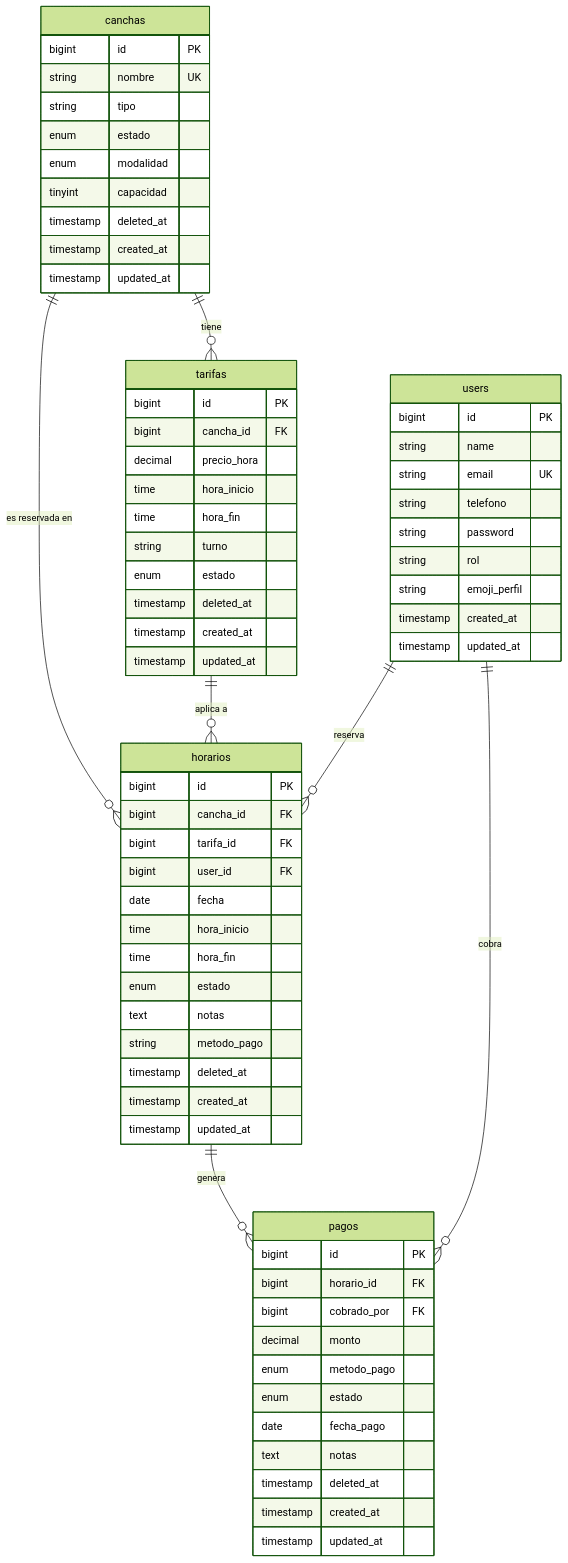
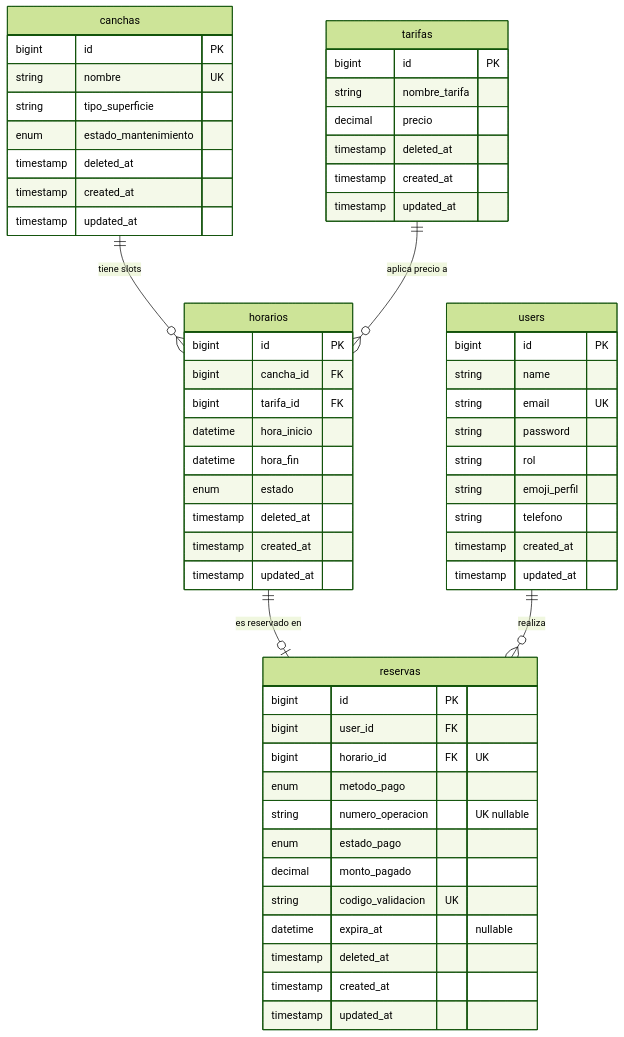
One commit to AbejandrOoo/Top-tennis.2 changed the diagram in README.md. Above: the diagram before and after it, drawn with Mermaid (forest theme). The commit also changed other lines of this file and 9 other files, not shown here.

````diff
--- a/README.md
+++ b/README.md
@@ -90,76 +108,65 @@
 ```mermaid
 erDiagram
     users {
-        bigint id PK
-        string name
-        string email UK
-        string telefono
-        string password
-        string rol
-        string emoji_perfil
-        timestamp created_at
-        timestamp updated_at
+        bigint      id               PK
+        string      name
+        string      email            UK
+        string      password
+        string      rol
+        string      emoji_perfil
+        string      telefono
+        timestamp   created_at
+        timestamp   updated_at
     }
 
     canchas {
-        bigint id PK
-        string nombre UK
-        string tipo
-        enum estado
-        enum modalidad
-        tinyint capacidad
-        timestamp deleted_at
-        timestamp created_at
-        timestamp updated_at
+        bigint      id                    PK
+        string      nombre                UK
+        string      tipo_superficie
+        enum        estado_mantenimiento
+        timestamp   deleted_at
+        timestamp   created_at
+        timestamp   updated_at
     }
 
     tarifas {
-        bigint id PK
-        bigint cancha_id FK
-        decimal precio_hora
-        time hora_inicio
-        time hora_fin
-        string turno
-        enum estado
-        timestamp deleted_at
-        timestamp created_at
-        timestamp updated_at
+        bigint      id             PK
+        string      nombre_tarifa
+        decimal     precio
+        timestamp   deleted_at
+        timestamp   created_at
+        timestamp   updated_at
     }
 
     horarios {
-        bigint id PK
-        bigint cancha_id FK
-        bigint tarifa_id FK
-        bigint user_id FK
-        date fecha
-        time hora_inicio
-        time hora_fin
-        enum estado
-        text notas
-        string metodo_pago
-        timestamp deleted_at
-        timestamp created_at
-        timestamp updated_at
+        bigint      id           PK
+        bigint      cancha_id    FK
+        bigint      tarifa_id    FK
+        datetime    hora_inicio
+        datetime    hora_fin
+        enum        estado
+        timestamp   deleted_at
+        timestamp   created_at
+        timestamp   updated_at
     }
 
-    pagos {
-        bigint id PK
-        bigint horario_id FK
-        bigint cobrado_por FK
-        decimal monto
-        enum metodo_pago
-        enum estado
-        date fecha_pago
-        text notas
-        timestamp deleted_at
-        timestamp created_at
-        timestamp updated_at
+    reservas {
+        bigint      id                  PK
+        bigint      user_id             FK
+        bigint      horario_id          FK "UK"
+        enum        metodo_pago
+        string      numero_operacion    "UK nullable"
+        enum        estado_pago
+        decimal     monto_pagado
+        string      codigo_validacion   UK
+        datetime    expira_at           "nullable"
+        timestamp   deleted_at
+        timestamp   created_at
+        timestamp   updated_at
     }
 
-    canchas  ||--o{ tarifas   : "tiene"
-    canchas  ||--o{ horarios  : "es reservada en"
-    tarifas  ||--o{ horarios  : "aplica a"
-    users    ||--o{ horarios  : "reserva"
-    horarios ||--o{ pagos     : "genera"
-    users    ||--o{ pagos     : "cobra"
+    canchas  ||--o{ horarios  : "tiene slots"
+    tarifas  ||--o{ horarios  : "aplica precio a"
+    horarios ||--o| reservas  : "es reservado en"
+    users    ||--o{ reservas  : "realiza"
 ```
````
